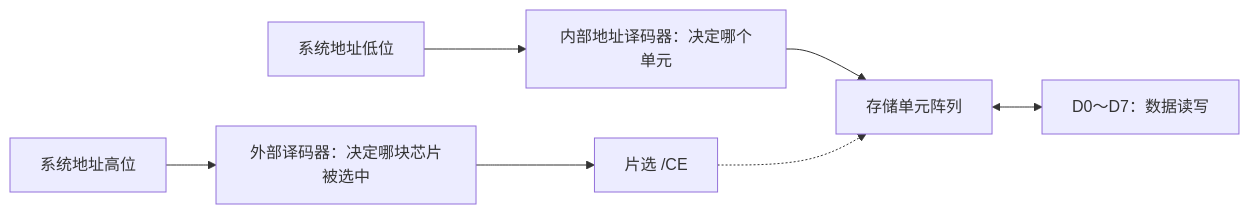
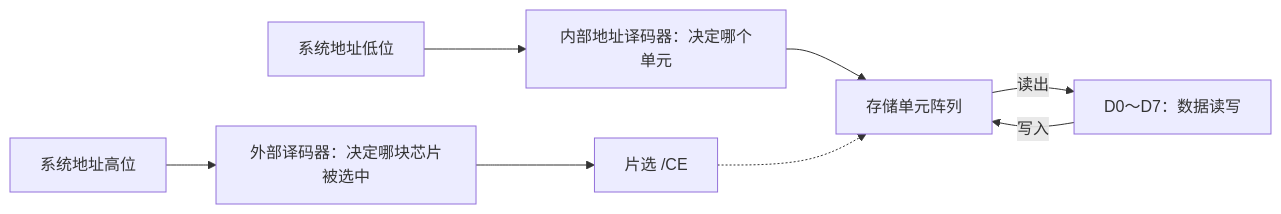
Before and after one commit to shanec7825/MyKnowledgeVault: the first of 2 diagrams in lessons/数字逻辑与系统/译码器与存储器寻址-BCD转余三码.md, drawn with Mermaid. The commit also changed other lines of this file, not shown here.

Commit message:
docs: normalize Obsidian math, Mermaid and Markdown formatting

````diff
--- a/lessons/数字逻辑与系统/译码器与存储器寻址-BCD转余三码.md
+++ b/lessons/数字逻辑与系统/译码器与存储器寻址-BCD转余三码.md
@@ -37,9 +37,10 @@
 ```mermaid
 flowchart LR
   S["系统地址高位"] --> O["外部译码器：决定哪块芯片被选中"]
   O --> C["片选 /CE"]
   L["系统地址低位"] --> I["内部地址译码器：决定哪个单元"]
   I --> M["存储单元阵列"]
   C -.-> M
-  M <--> D["D0～D7：数据读写"]
+  M -->|读出| D["D0～D7：数据读写"]
+  D -->|写入| M
 ```
````
